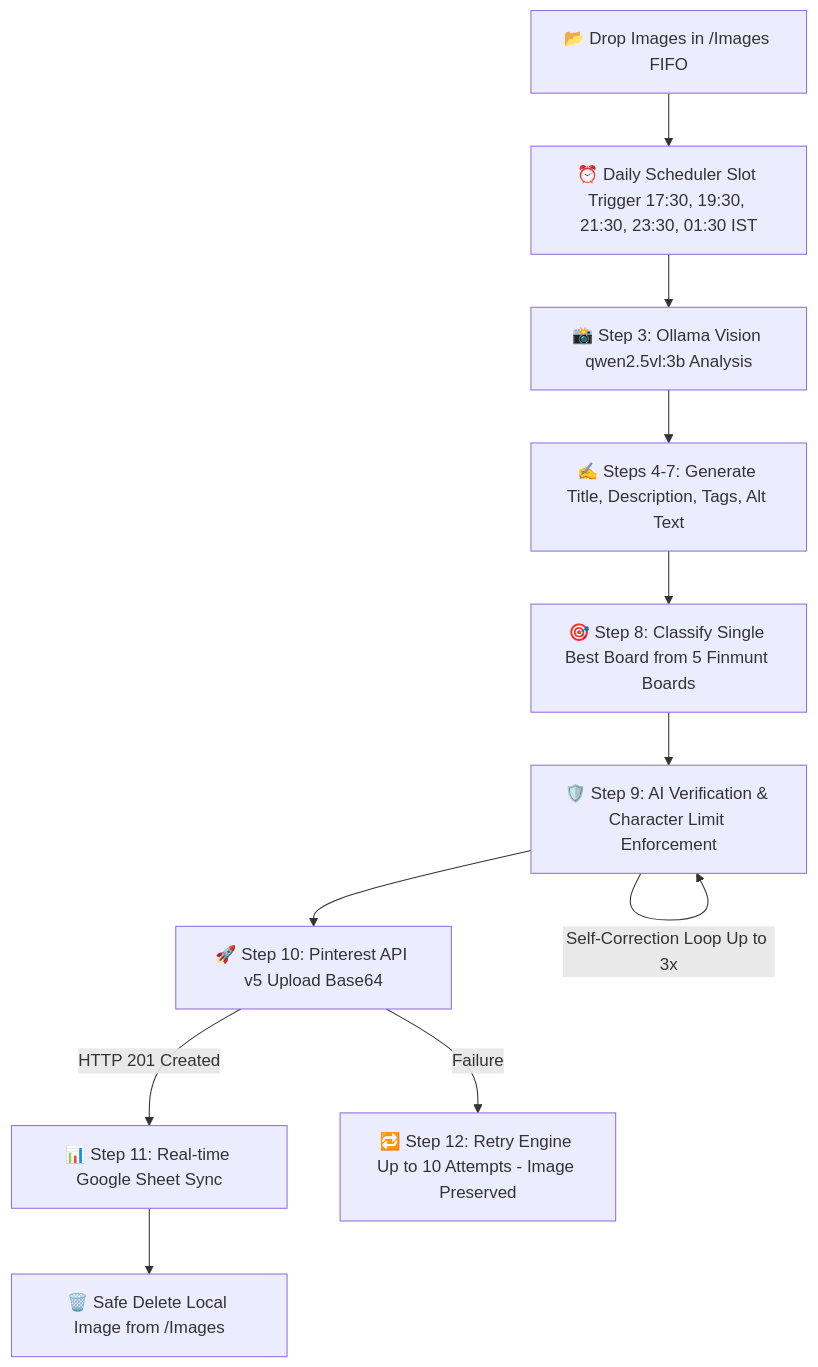
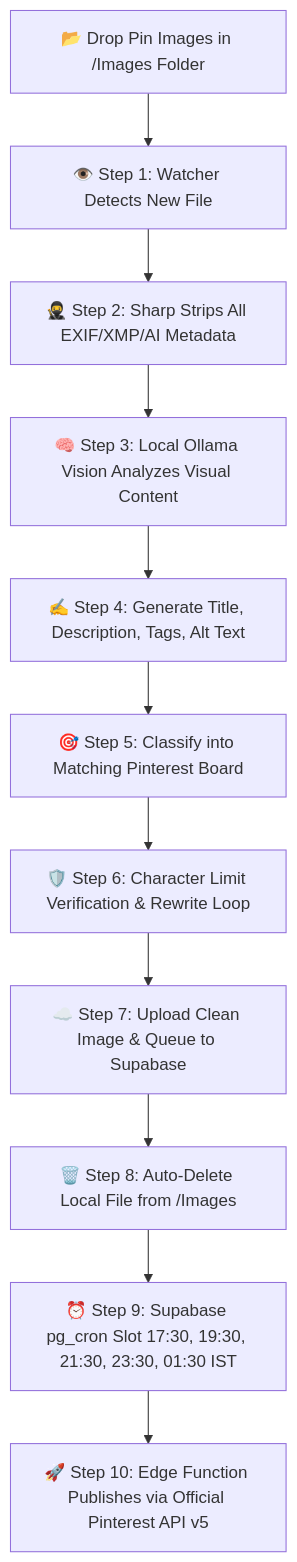
Before and after one commit to witrfaruk/Pinterest: the diagram in README.md, drawn with Mermaid. The commit also changed other lines of this file and 15 other files, not shown here.

Commit message:
docs: rewrite root README with end-to-end image pipeline guide, remove Images/README, and anonymize all Finmunt references to example_pinterest

````diff
--- a/README.md
+++ b/README.md
@@ -44,13 +44,13 @@
 ```mermaid
 flowchart TD
-    A[📂 Drop Images in /Images FIFO] --> B[⏰ Daily Scheduler Slot Trigger 17:30, 19:30, 21:30, 23:30, 01:30 IST]
-    B --> C[📸 Step 3: Ollama Vision qwen2.5vl:3b Analysis]
-    C --> D[✍️ Steps 4-7: Generate Title, Description, Tags, Alt Text]
-    D --> E[🎯 Step 8: Classify Single Best Board from 5 Finmunt Boards]
-    E --> F[🛡️ Step 9: AI Verification & Character Limit Enforcement]
-    F -->|Self-Correction Loop Up to 3x| F
-    F --> G[🚀 Step 10: Pinterest API v5 Upload Base64]
-    G -->|HTTP 201 Created| H[📊 Step 11: Real-time Google Sheet Sync]
-    H --> I[🗑️ Safe Delete Local Image from /Images]
-    G -->|Failure| J[🔁 Step 12: Retry Engine Up to 10 Attempts - Image Preserved]
+    A[📂 Drop Pin Images in /Images Folder] --> B[👁️ Step 1: Watcher Detects New File]
+    B --> C[🥷 Step 2: Sharp Strips All EXIF/XMP/AI Metadata]
+    C --> D[🧠 Step 3: Local Ollama Vision Analyzes Visual Content]
+    D --> E[✍️ Step 4: Generate Title, Description, Tags, Alt Text]
+    E --> F[🎯 Step 5: Classify into Matching Pinterest Board]
+    F --> G[🛡️ Step 6: Character Limit Verification & Rewrite Loop]
+    G --> H[☁️ Step 7: Upload Clean Image & Queue to Supabase]
+    H --> I[🗑️ Step 8: Auto-Delete Local File from /Images]
+    I --> J[⏰ Step 9: Supabase pg_cron Slot 17:30, 19:30, 21:30, 23:30, 01:30 IST]
+    J --> K[🚀 Step 10: Edge Function Publishes via Official Pinterest API v5]
 ```
````
